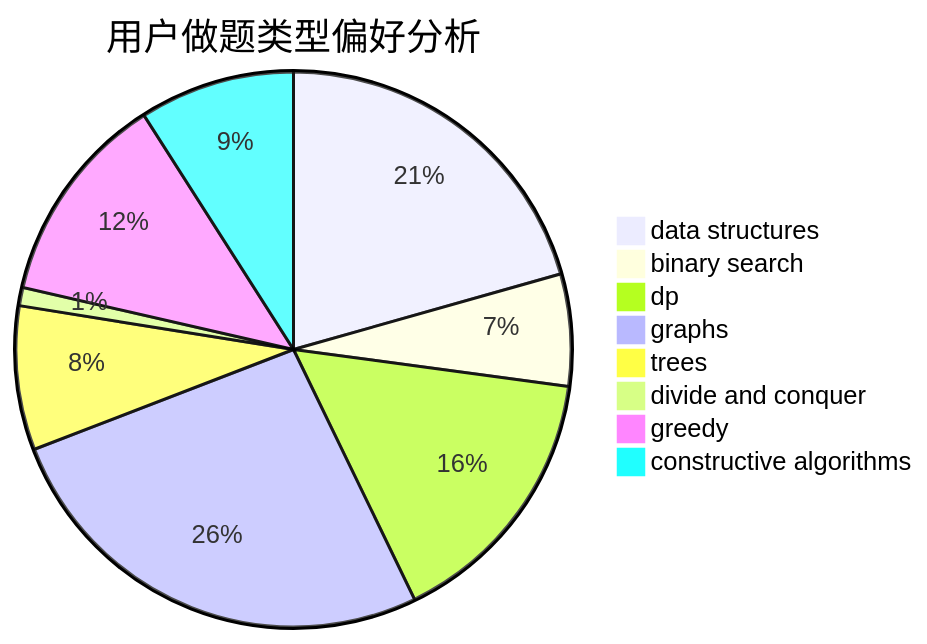
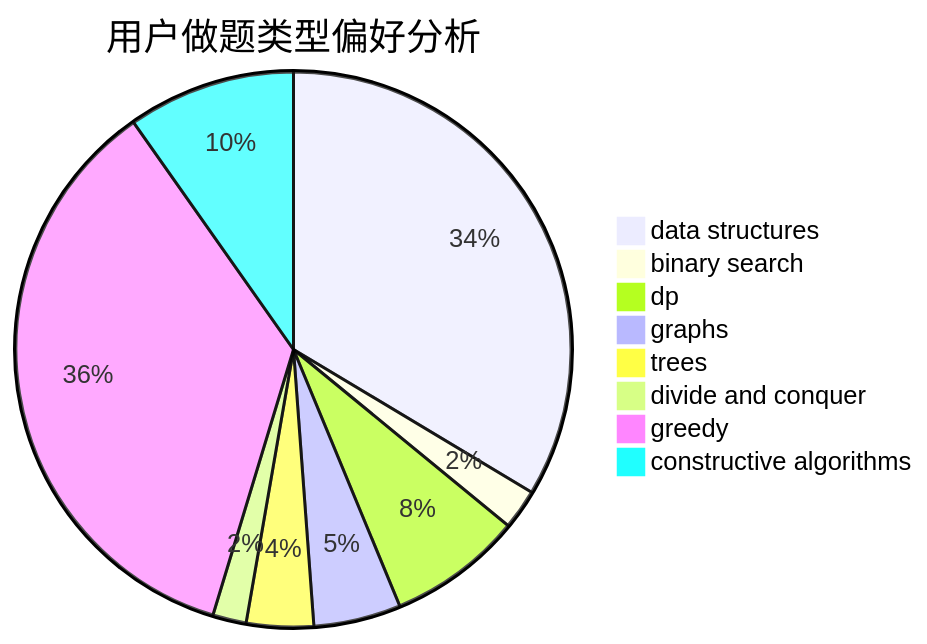
One commit to sherpahu/cfrs.github.io changed the second of 3 diagrams in docs/user/u506.md. Above: the diagram before and after it, drawn with Mermaid. The commit also changed other lines of this file and 2770 other files, not shown here.

````diff
--- a/docs/user/u506.md
+++ b/docs/user/u506.md
@@ -23,11 +23,11 @@
 ```mermaid
 pie title 用户做题类型偏好分析
-    "data structures" :  155
-    "binary search" :  49
-    "dp" :  118
-    "graphs" :  198
-    "trees" :  63
-    "divide and conquer" :  8
-    "greedy" :  93
-    "constructive algorithms" :  68
+    "data structures" :  86
+    "binary search" :  6
+    "dp" :  20
+    "graphs" :  13
+    "trees" :  10
+    "divide and conquer" :  5
+    "greedy" :  91
+    "constructive algorithms" :  25
 ```
````
